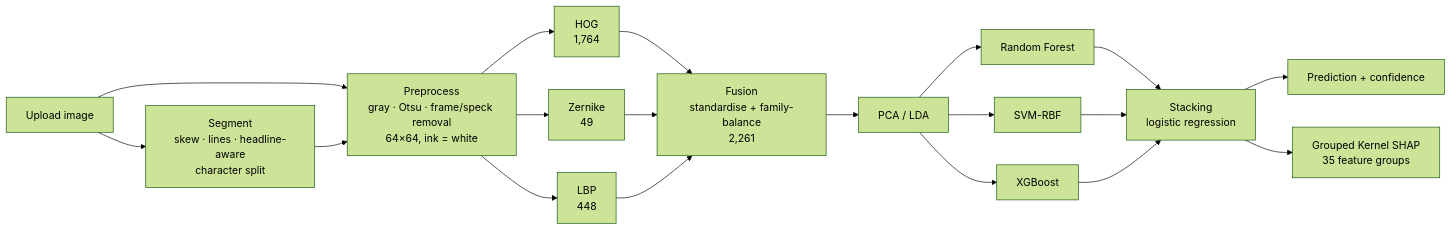
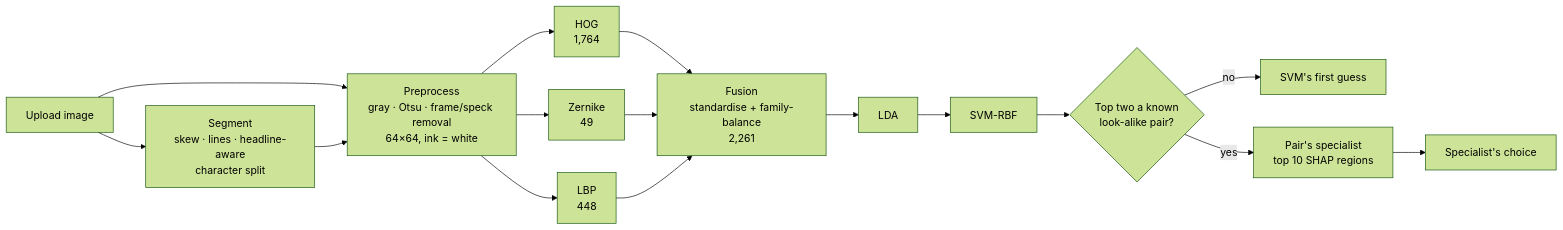
One commit to ananyac9820/modi-lipi-xai changed the diagram in README.md. Above: the diagram before and after it, drawn with Mermaid (forest theme). The commit also changed other lines of this file and 12 other files, not shown here.

````diff
--- a/README.md
+++ b/README.md
@@ -51,21 +48,18 @@
 ```mermaid
 flowchart LR
     U[Upload image] --> P[Preprocess<br/>gray · Otsu · frame/speck removal<br/>64×64, ink = white]
     U --> S[Segment<br/>skew · lines · headline-aware<br/>character split]
     S --> P
     P --> H[HOG<br/>1,764]
     P --> Z[Zernike<br/>49]
     P --> L[LBP<br/>448]
     H --> F[Fusion<br/>standardise + family-balance<br/>2,261]
     Z --> F
     L --> F
-    F --> R[PCA / LDA]
-    R --> RF[Random Forest]
+    F --> R[LDA]
     R --> SV[SVM-RBF]
-    R --> XG[XGBoost]
-    RF --> ST[Stacking<br/>logistic regression]
-    SV --> ST
-    XG --> ST
-    ST --> Y[Prediction + confidence]
-    ST --> X[Grouped Kernel SHAP<br/>35 feature groups]
+    SV --> Q{Top two a known<br/>look-alike pair?}
+    Q -- no --> Y[SVM's first guess]
+    Q -- yes --> SP[Pair's specialist<br/>top 10 SHAP regions]
+    SP --> Y2[Specialist's choice]
 ```
````
